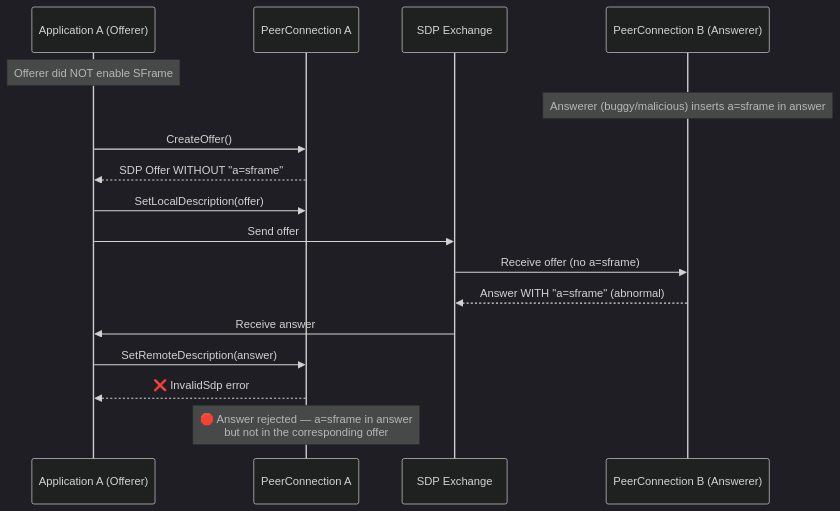
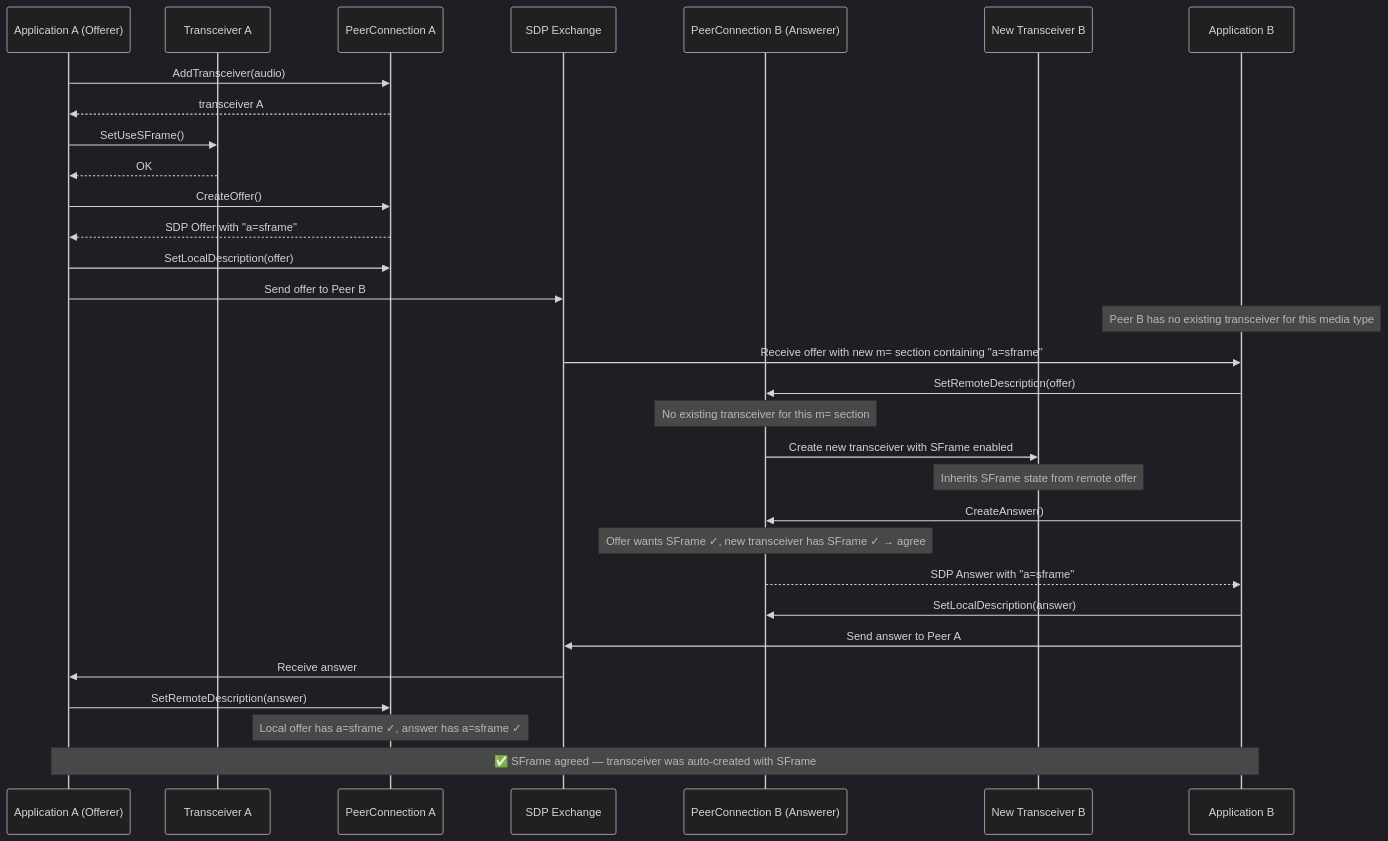
The fourth of 6 diagrams in negotiation.md (webex/webrtc-sframe), drawn with Mermaid (dark theme) before and after one commit. The commit also changed other lines of this file, not shown here.

````diff
--- a/negotiation.md
+++ b/negotiation.md
@@ -188,24 +241,41 @@
 ```mermaid
 sequenceDiagram
     participant AppA as Application A (Offerer)
+    participant TA as Transceiver A
     participant PCA as PeerConnection A
     participant SDP as SDP Exchange
     participant PCB as PeerConnection B (Answerer)
+    participant TB as New Transceiver B
+    participant AppB as Application B
 
-    Note over AppA: Offerer did NOT enable SFrame
-    Note over PCB: Answerer (buggy/malicious) inserts a=sframe in answer
+    AppA->>PCA: AddTransceiver(audio)
+    PCA-->>AppA: transceiver A
+    AppA->>TA: SetUseSFrame()
+    TA-->>AppA: OK
 
     AppA->>PCA: CreateOffer()
-    PCA-->>AppA: SDP Offer WITHOUT "a=sframe"
+    PCA-->>AppA: SDP Offer with "a=sframe"
     AppA->>PCA: SetLocalDescription(offer)
-    AppA->>SDP: Send offer
+    AppA->>SDP: Send offer to Peer B
 
-    SDP->>PCB: Receive offer (no a=sframe)
-    PCB-->>SDP: Answer WITH "a=sframe" (abnormal)
+    Note over AppB: Peer B has no existing transceiver for this media type
+
+    SDP->>AppB: Receive offer with new m= section containing "a=sframe"
+    AppB->>PCB: SetRemoteDescription(offer)
+    Note over PCB: No existing transceiver for this m= section
+    PCB->>TB: Create new transceiver with SFrame enabled
+    Note over TB: Inherits SFrame state from remote offer
+
+    AppB->>PCB: CreateAnswer()
+    Note over PCB: Offer wants SFrame ✓, new transceiver has SFrame ✓ → agree
+    PCB-->>AppB: SDP Answer with "a=sframe"
+
+    AppB->>PCB: SetLocalDescription(answer)
+    AppB->>SDP: Send answer to Peer A
+
     SDP->>AppA: Receive answer
+    AppA->>PCA: SetRemoteDescription(answer)
+    Note over PCA: Local offer has a=sframe ✓, answer has a=sframe ✓
 
-    AppA->>PCA: SetRemoteDescription(answer)
-    PCA-->>AppA: ❌ InvalidSdp error
-
-    Note over PCA: 🛑 Answer rejected — a=sframe in answer<br/>but not in the corresponding offer
+    Note over AppA,AppB: ✅ SFrame agreed — transceiver was auto-created with SFrame
 ```
````
